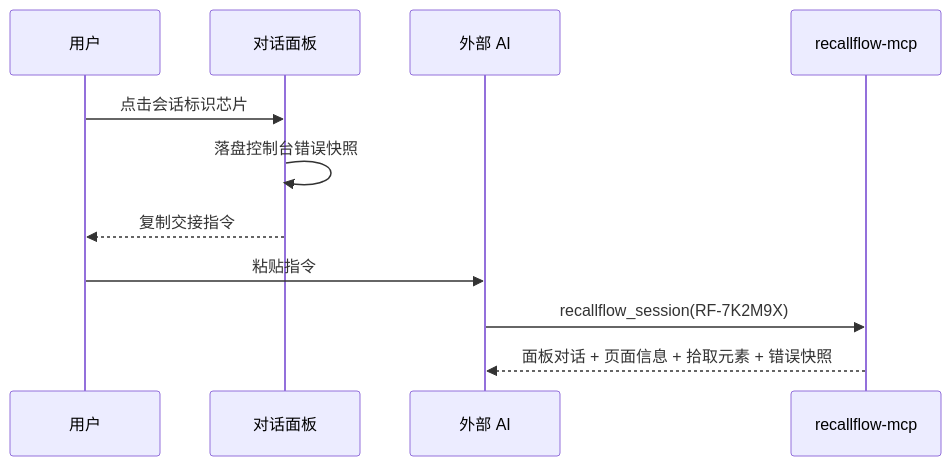
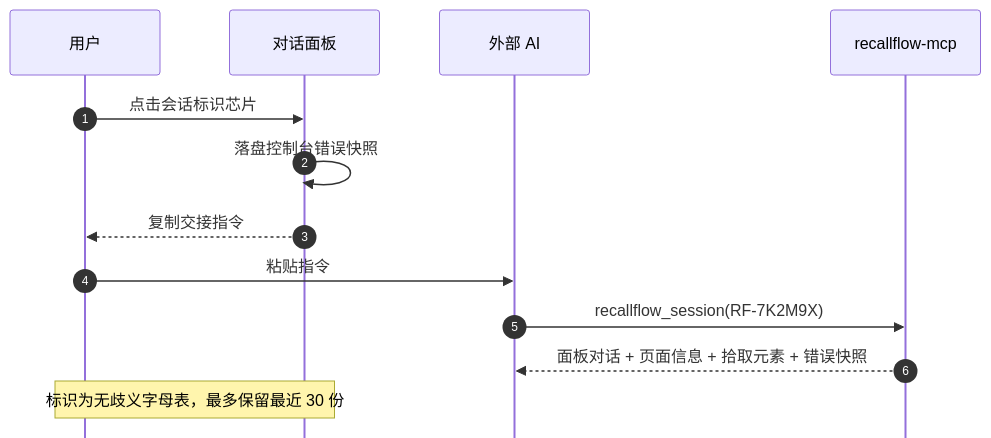
One commit to marioyyds/RecallFlow changed the third of 5 diagrams in README.md. Above: the diagram before and after it, drawn with Mermaid. The commit also changed other lines of this file and 1 other file, not shown here.

First line of the commit message:
docs(readme): mermaid 图升级为带分组、编号与批注的样式

````diff
--- a/README.md
+++ b/README.md
@@ -90,13 +106,16 @@
 ```mermaid
+%%{init: {"sequence":{"mirrorActors":false,"actorMargin":60,"messageMargin":28},"themeVariables":{"fontSize":"14px"}}}%%
 sequenceDiagram
+    autonumber
     participant U as 用户
     participant P as 对话面板
     participant AI as 外部 AI
     participant M as recallflow-mcp
     U->>P: 点击会话标识芯片
     P->>P: 落盘控制台错误快照
     P-->>U: 复制交接指令
     U->>AI: 粘贴指令
     AI->>M: recallflow_session(RF-7K2M9X)
     M-->>AI: 面板对话 + 页面信息 + 拾取元素 + 错误快照
+    Note over U,P: 标识为无歧义字母表，最多保留最近 30 份
 ```
````
